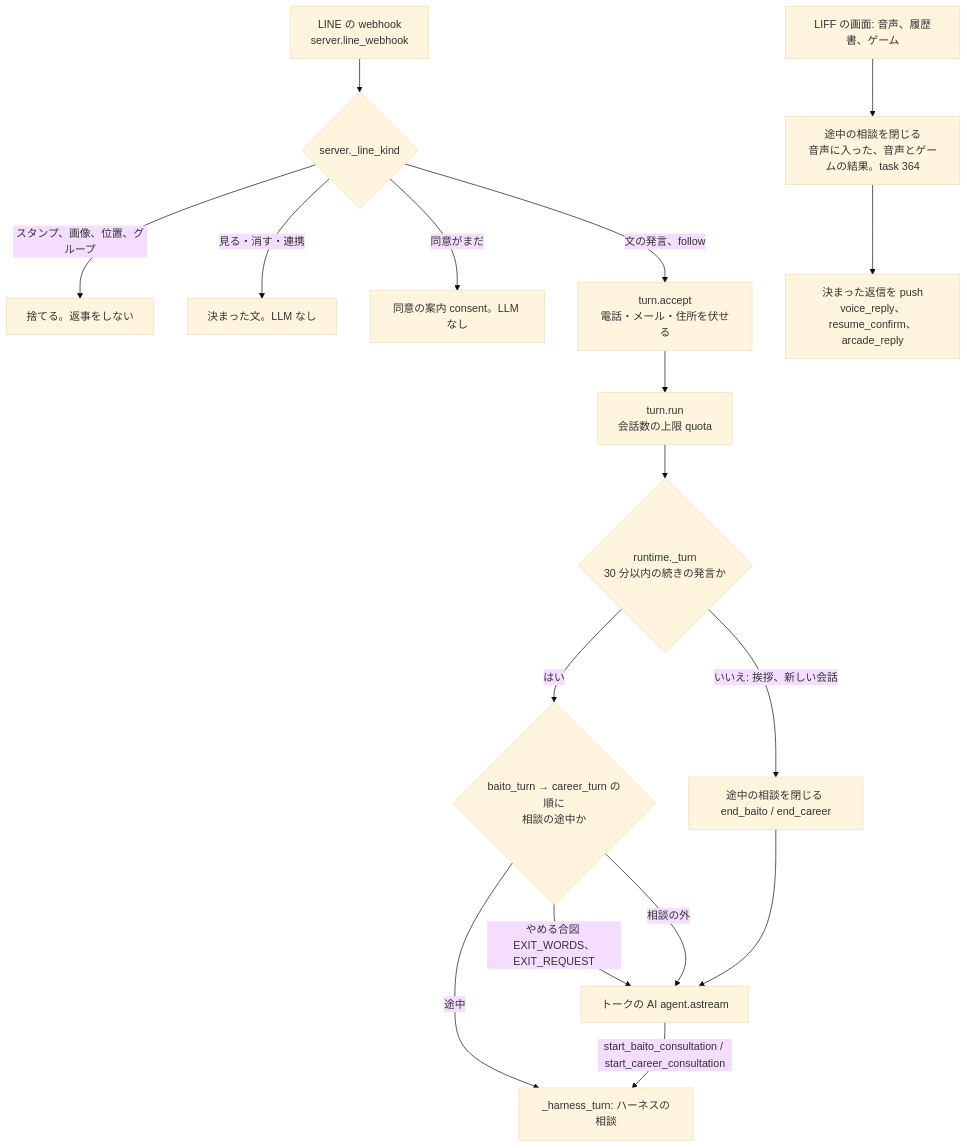
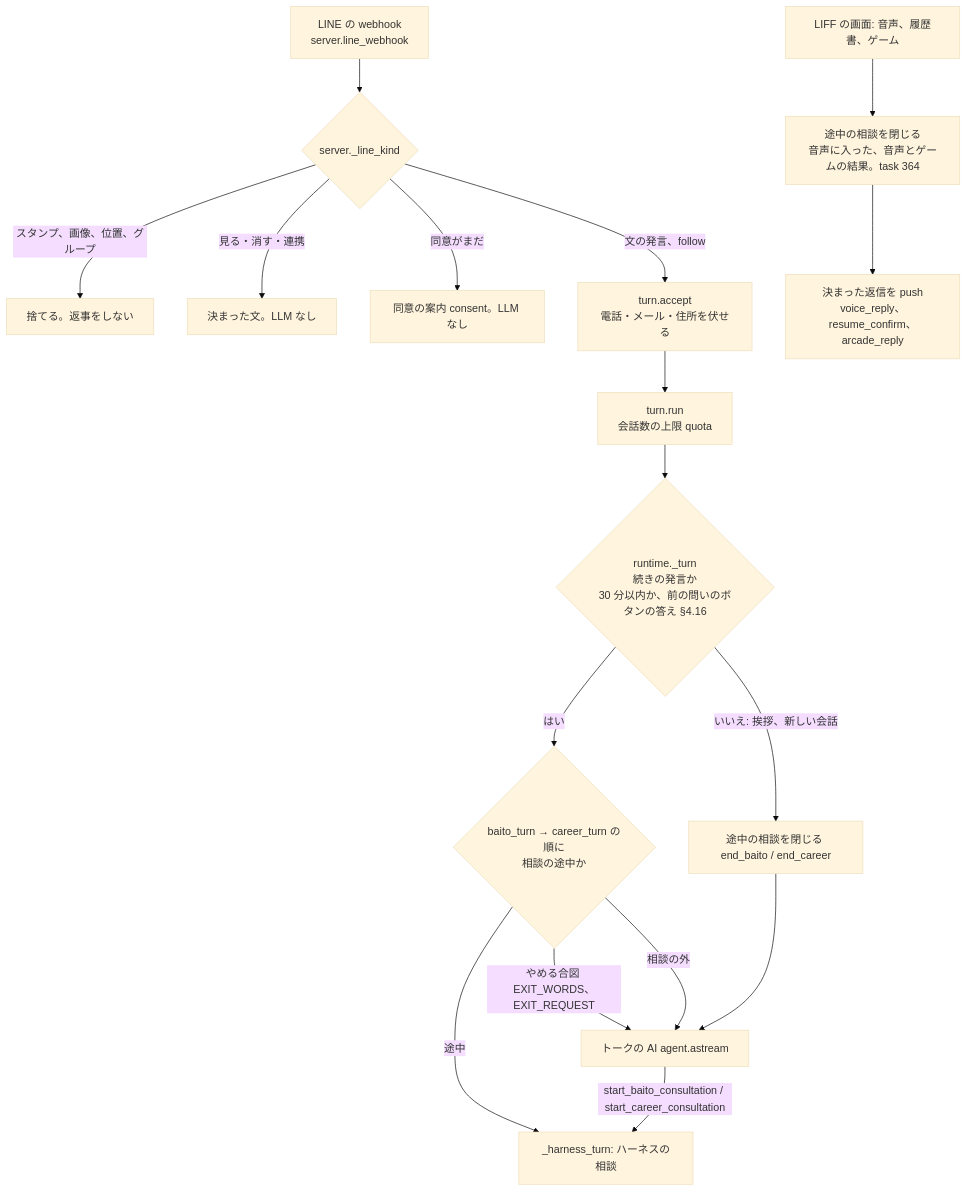
The first of 4 diagrams in docs/design/conversation-layer.md (jyoka/aica), drawn with Mermaid (base theme) before and after one commit. The commit also changed other lines of this file and 13 other files, not shown here.

````diff
--- a/docs/design/conversation-layer.md
+++ b/docs/design/conversation-layer.md
@@ -54,19 +54,19 @@
 ```mermaid
 flowchart TD
     W[LINE の webhook<br/>server.line_webhook] --> K{server._line_kind}
     K -- スタンプ、画像、位置、グループ --> DROP[捨てる。返事をしない]
     K -- 見る・消す・連携 --> DATA[決まった文。LLM なし]
     K -- 同意がまだ --> CON[同意の案内 consent。LLM なし]
     K -- 文の発言、follow --> T[turn.accept<br/>電話・メール・住所を伏せる]
     T --> Q[turn.run<br/>会話数の上限 quota]
-    Q --> R{runtime._turn<br/>30 分以内の続きの発言か}
+    Q --> R{runtime._turn<br/>続きの発言か<br/>30 分以内か、前の問いのボタンの答え §4.16}
     R -- いいえ: 挨拶、新しい会話 --> END[途中の相談を閉じる end_baito / end_career]
     R -- はい --> H{baito_turn → career_turn の順に<br/>相談の途中か}
     H -- 途中 --> HT[_harness_turn: ハーネスの相談]
     H -- やめる合図 EXIT_WORDS、EXIT_REQUEST --> AI
     H -- 相談の外 --> AI[トークの AI agent.astream]
     END --> AI
     AI -- start_baito_consultation / start_career_consultation --> HT
     LIFF[LIFF の画面: 音声、履歴書、ゲーム] --> CLOSE[途中の相談を閉じる<br/>音声に入った、音声とゲームの結果。task 364]
     CLOSE --> PUSH[決まった返信を push<br/>voice_reply、resume_confirm、arcade_reply]
 ```
````
